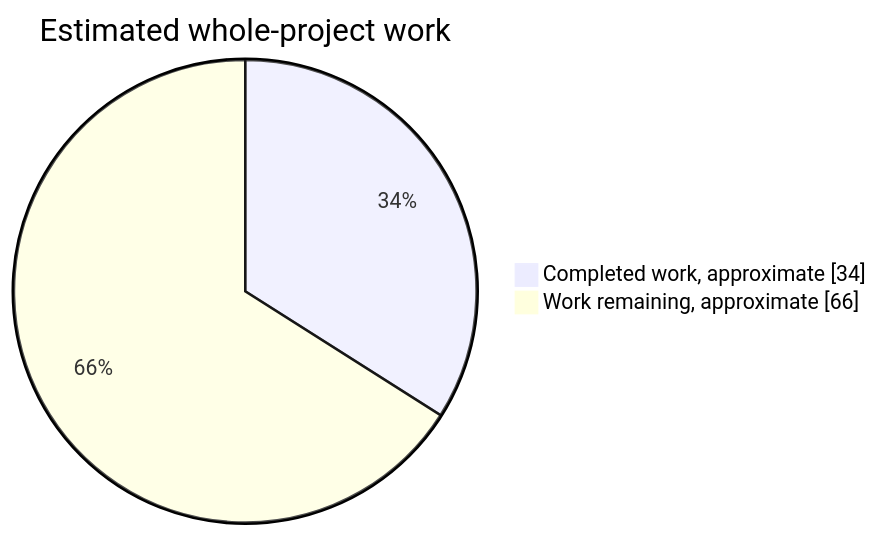
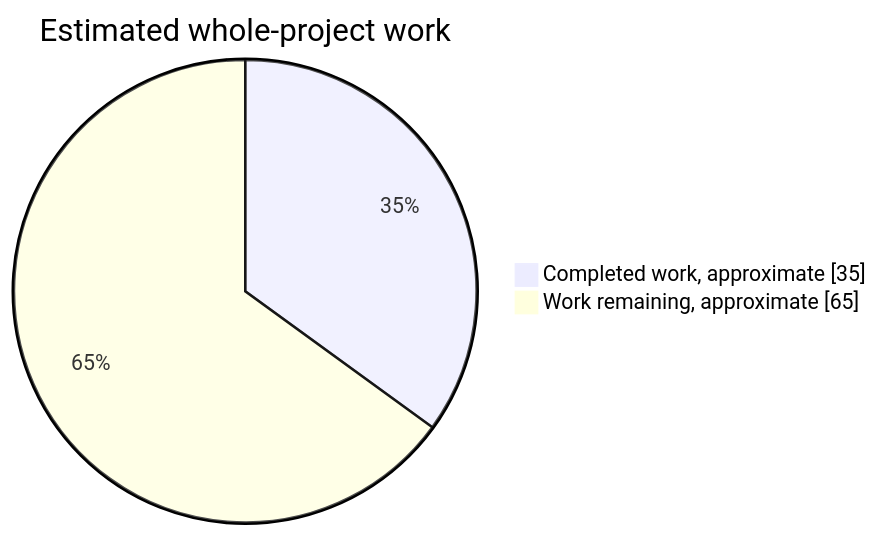
One commit to NachtRaveVL/stuntracefx changed the first of 2 diagrams in readme.md. Above: the diagram before and after it, drawn with Mermaid. The commit also changed other lines of this file and 8 other files, not shown here.

````diff
--- a/readme.md
+++ b/readme.md
@@ -56,6 +56,6 @@
 ```mermaid
 pie showData
     title Estimated whole-project work
-    "Completed work, approximate" : 34
-    "Work remaining, approximate" : 66
+    "Completed work, approximate" : 35
+    "Work remaining, approximate" : 65
 ```
````
